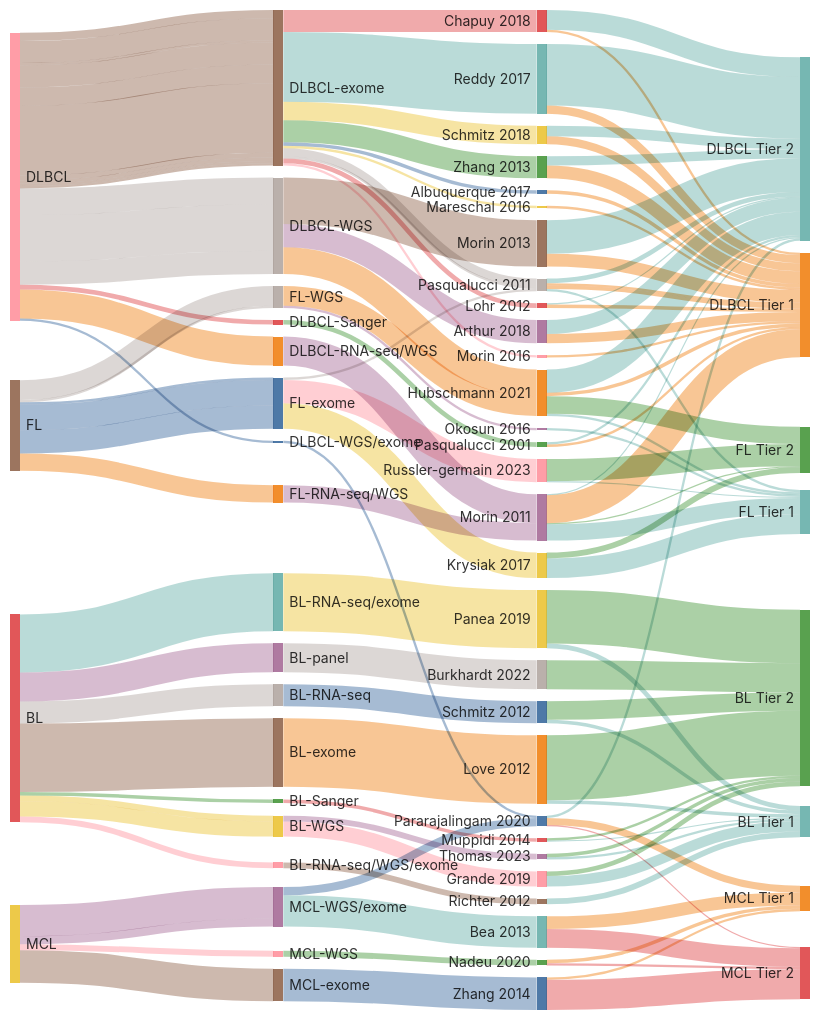
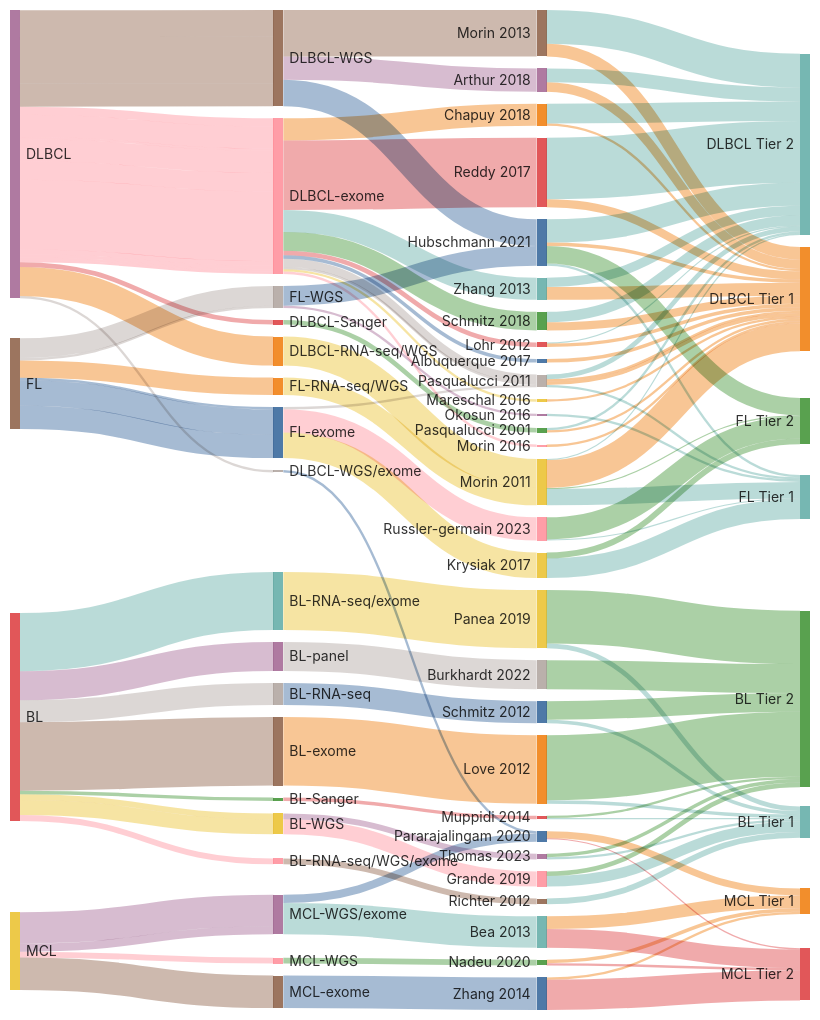
One commit to morinlab/lymphopedia changed the diagram in Home.md. Above: the diagram before and after it, drawn with Mermaid.

Commit message:
Updated Home (markdown)

```diff
--- a/Home.md
+++ b/Home.md
@@ -36,7 +36,6 @@
 Morin 2013, DLBCL Tier 1, 11
 Morin 2013, DLBCL Tier 2, 29
 Pasqualucci 2011, DLBCL Tier 1, 2
-Pararajalingam 2020, DLBCL Tier 2, 2
 Hubschmann 2021, DLBCL Tier 1, 3
 Hubschmann 2021, DLBCL Tier 2, 20
 Chapuy 2018, DLBCL Tier 1, 2
```
